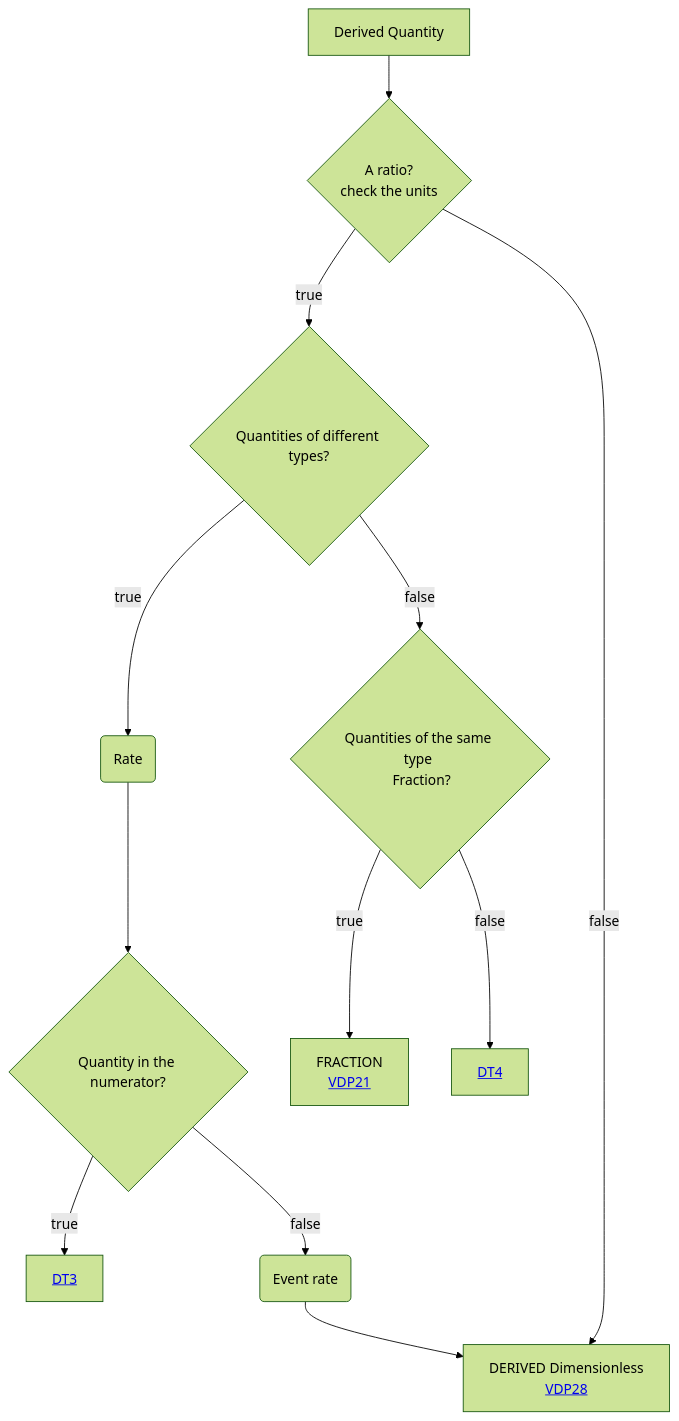
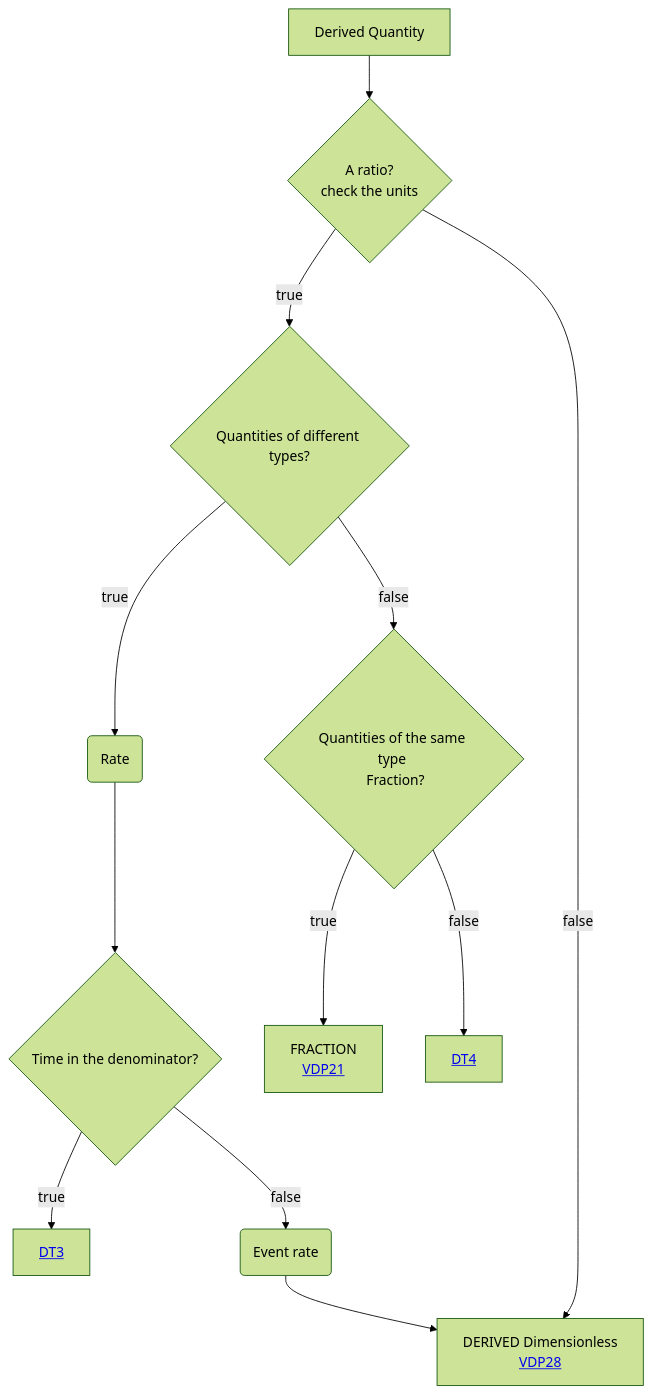
One commit to mabablue/I-ADOPT-patterns-playground changed the diagram in Decisition_trees/DT2.mmd. Above: the diagram before and after it, drawn with Mermaid (forest theme).

```diff
--- a/Decisition_trees/DT2.mmd
+++ b/Decisition_trees/DT2.mmd
@@ -1,12 +1,12 @@
 flowchart TD
     A[Derived Quantity] --> B{A ratio?<br>check the units}
     B --> |true|C{Quantities of different types?} 
     B --> |false|I[DERIVED Dimensionless <br> <a href='https://github.com/mabablue/I-ADOPT-patterns-playground/blob/main/pattern/VDP28.yaml'>VDP28</a>]
     C --> |true|MN(Rate) 
-    MN --> N{Quantity in the numerator?}
+    MN --> N{Time in the denominator?}
     C --> |false|D{Quantities of the same type <br> Fraction?}
     N --> |true|E[<a href='https://github.com/mabablue/I-ADOPT-patterns-playground/blob/main/Decisition_trees/DT3.mmd'>DT3</a>]
     N --> |false|O(Event rate)
     O --> I
     D --> |true|J[FRACTION <br> <a href='https://github.com/mabablue/I-ADOPT-patterns-playground/blob/main/pattern/VDP21.yaml'>VDP21</a>]
     D --> |false|P[<a href='https://github.com/mabablue/I-ADOPT-patterns-playground/blob/main/Decisition_trees/DT3.mmd'>DT4</a>]
```
